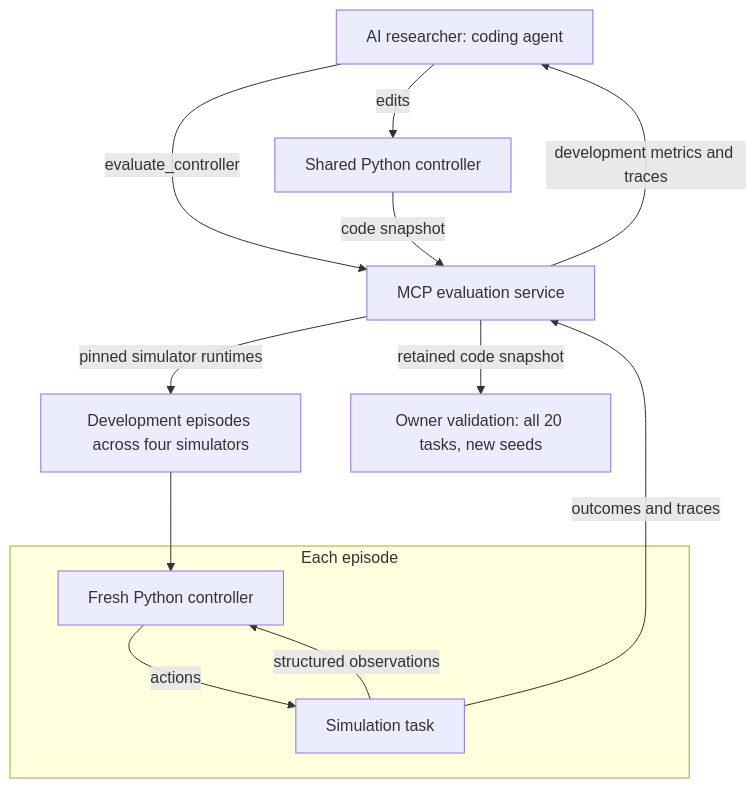
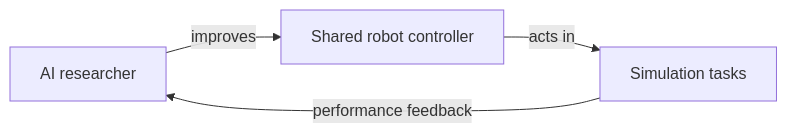
The diagram in README.md (noamdwc/worldsmith), drawn with Mermaid before and after one commit. The commit also changed other lines of this file and 2 other files, not shown here.

````diff
--- a/README.md
+++ b/README.md
@@ -22,15 +15,6 @@
 ```mermaid
-flowchart TD
-    R[AI researcher: coding agent] -->|edits| C[Shared Python controller]
-    R -->|evaluate_controller| E[MCP evaluation service]
-    C -->|code snapshot| E
-    E -->|pinned simulator runtimes| S[Development episodes across four simulators]
-    subgraph Episode[Each episode]
-        P[Fresh Python controller] -->|actions| T[Simulation task]
-        T -->|structured observations| P
-    end
-    S --> P
-    T -->|outcomes and traces| E
-    E -->|development metrics and traces| R
-    E -->|retained code snapshot| V[Owner validation: all 20 tasks, new seeds]
+flowchart LR
+    R[AI researcher] -->|improves| C[Shared robot controller]
+    C -->|acts in| S[Simulation tasks]
+    S -->|performance feedback| R
 ```
````
